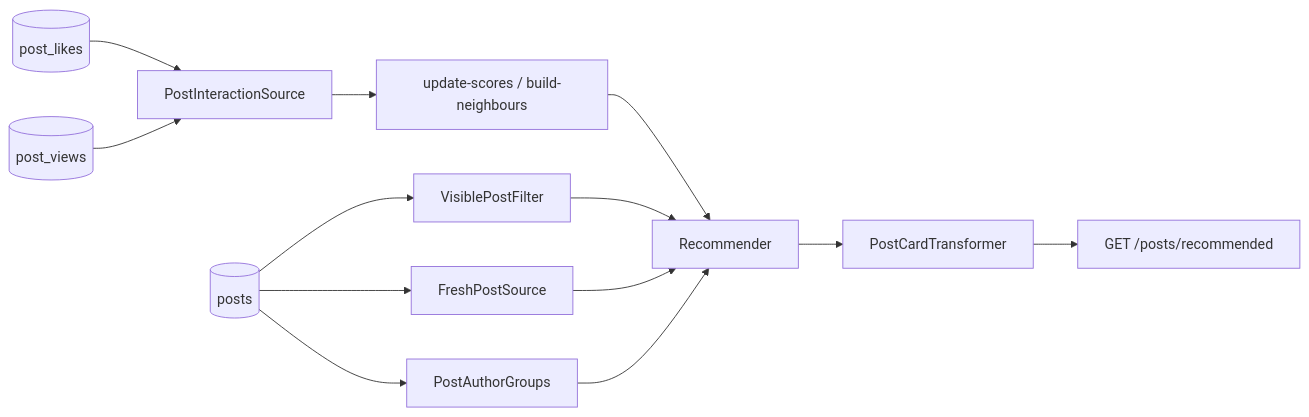
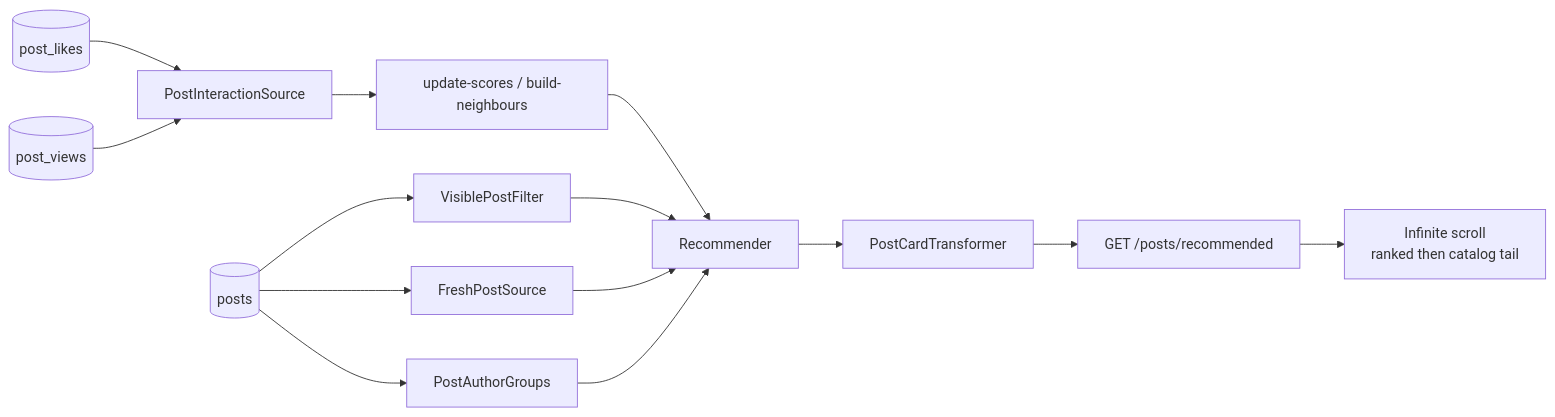
Before and after one commit to solutionforest/laravel-recommender: the diagram in examples/blog/README.md, drawn with Mermaid. The commit also changed other lines of this file and 6 other files, not shown here.

First line of the commit message:
docs(examples): lab patterns — infinite scroll, freshness, media

````diff
--- a/examples/blog/README.md
+++ b/examples/blog/README.md
@@ -5,10 +7,11 @@
 ```mermaid
 flowchart LR
   L[(post_likes)] & V[(post_views)] --> I[PostInteractionSource]
   I --> J["update-scores / build-neighbours"]
   J --> R[Recommender]
   P[(posts)] --> F[VisiblePostFilter] --> R
   P --> FS[FreshPostSource] --> R
   P --> G[PostAuthorGroups] --> R
   R --> C[PostCardTransformer] --> API["GET /posts/recommended"]
+  API --> S["Infinite scroll<br/>ranked then catalog tail"]
 ```
````
